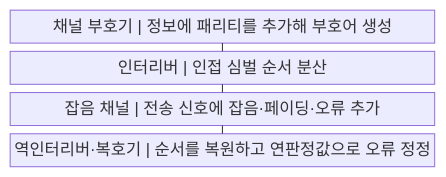
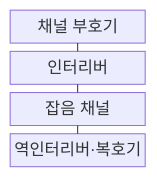
Before and after one commit to agnusdei1207/knowledge-base: the first of 2 diagrams in src/content/docs/notes/04-network/063_channel_coding.md, drawn with Mermaid. The commit also changed 122 other files, not shown here.

````diff
--- a/src/content/docs/notes/04-network/063_channel_coding.md
+++ b/src/content/docs/notes/04-network/063_channel_coding.md
@@ -60,11 +60,11 @@
 ```mermaid
-block
+block-beta
     columns 1
-    A["채널 부호기 | 정보에 패리티를 추가해 부호어 생성"]
-    B["인터리버 | 인접 심벌 순서 분산"]
-    C["잡음 채널 | 전송 신호에 잡음·페이딩·오류 추가"]
-    D["역인터리버·복호기 | 순서를 복원하고 연판정값으로 오류 정정"]
+    A["채널 부호기"]
+    B["인터리버"]
+    C["잡음 채널"]
+    D["역인터리버·복호기"]
     A --- B
     B --- C
     C --- D
 ```
````
